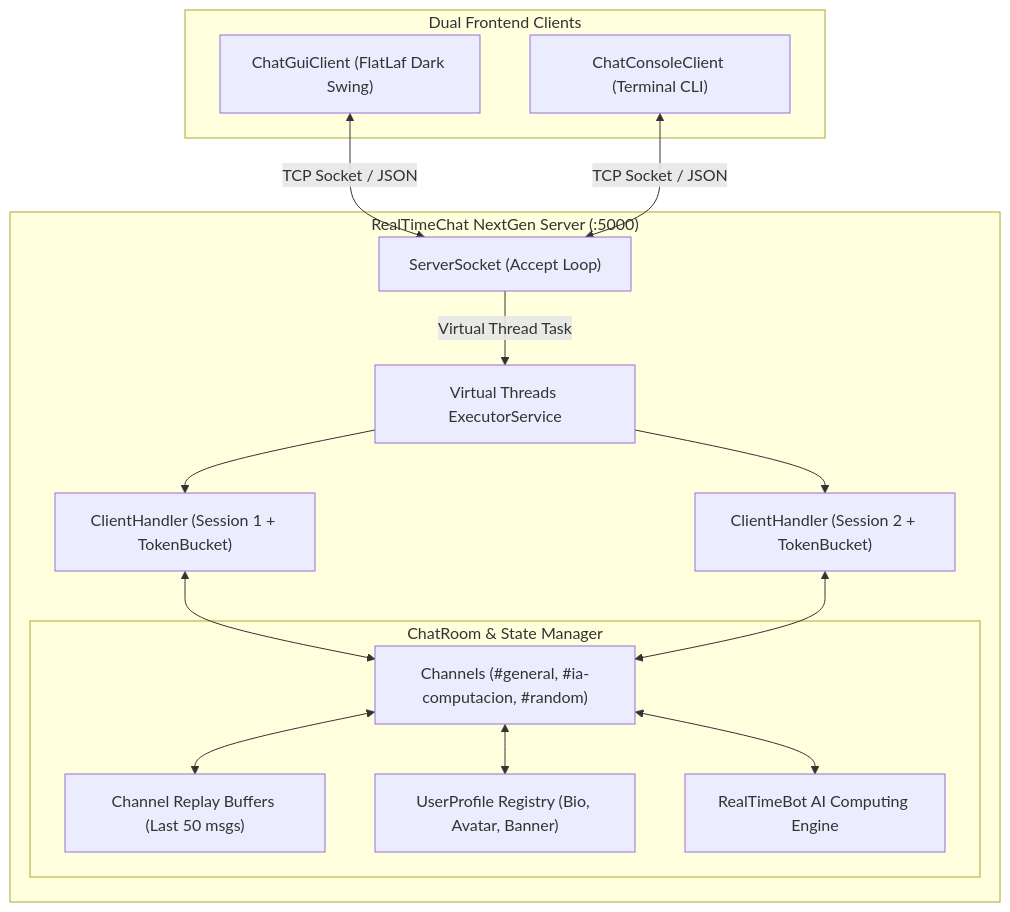
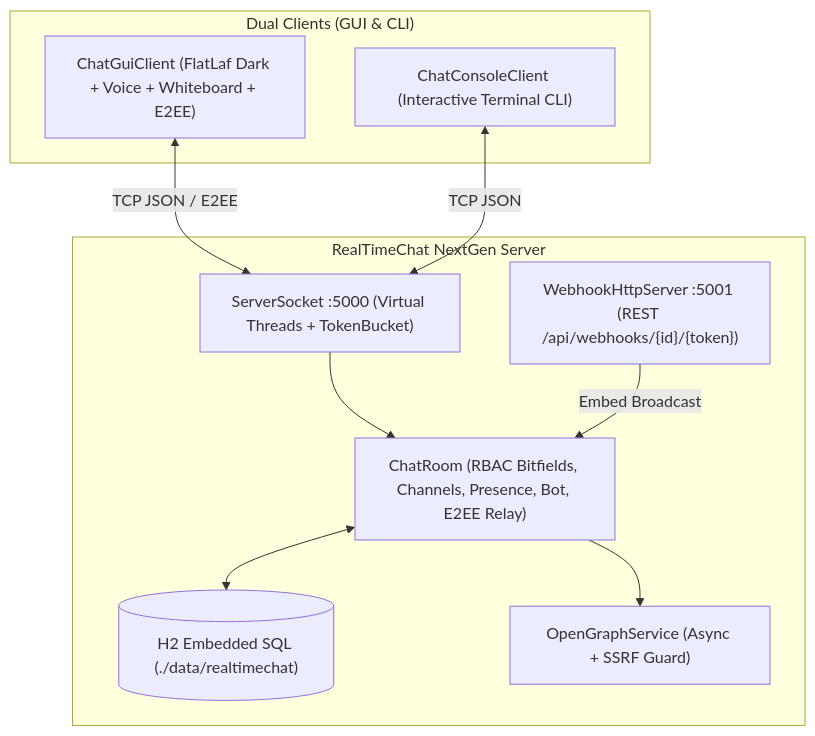
One commit to danicaju/RealTimeChat changed the diagram in README.md. Above: the diagram before and after it, drawn with Mermaid. The commit also changed other lines of this file and 47 other files, not shown here.

Commit message:
feat: upgrade RealTimeChat to v4.0.0 with H2 DB, Discord-grade real-time phases 1-4, custom resizable avatars, RBAC bitfields, voice, whiteboard, webhooks and E2EE

````diff
--- a/README.md
+++ b/README.md
@@ -69,32 +61,22 @@
 ```mermaid
 flowchart TD
-    subgraph Clients ["Dual Frontend Clients"]
-        GUI["ChatGuiClient (FlatLaf Dark Swing)"]
-        CLI["ChatConsoleClient (Terminal CLI)"]
+    subgraph Clients ["Dual Clients (GUI & CLI)"]
+        GUI["ChatGuiClient (FlatLaf Dark + Voice + Whiteboard + E2EE)"]
+        CLI["ChatConsoleClient (Interactive Terminal CLI)"]
     end
 
-    subgraph Server ["RealTimeChat NextGen Server (:5000)"]
-        SocketListener["ServerSocket (Accept Loop)"]
-        LoomPool["Virtual Threads ExecutorService"]
-        Handler1["ClientHandler (Session 1 + TokenBucket)"]
-        Handler2["ClientHandler (Session 2 + TokenBucket)"]
-
-        subgraph Core ["ChatRoom & State Manager"]
-            Channels["Channels (#general, #ia-computacion, #random)"]
-            Replay["Channel Replay Buffers (Last 50 msgs)"]
-            Profiles["UserProfile Registry (Bio, Avatar, Banner)"]
-            Bot["RealTimeBot AI Computing Engine"]
-        end
+    subgraph Server ["RealTimeChat NextGen Server"]
+        TCP["ServerSocket :5000 (Virtual Threads + TokenBucket)"]
+        HTTP["WebhookHttpServer :5001 (REST /api/webhooks/{id}/{token})"]
+        Core["ChatRoom (RBAC Bitfields, Channels, Presence, Bot, E2EE Relay)"]
+        DB[("H2 Embedded SQL (./data/realtimechat)")]
+        OG["OpenGraphService (Async + SSRF Guard)"]
     end
 
-    GUI <-->|TCP Socket / JSON| SocketListener
-    CLI <-->|TCP Socket / JSON| SocketListener
-    SocketListener -->|Virtual Thread Task| LoomPool
-    LoomPool --> Handler1
-    LoomPool --> Handler2
-    Handler1 <--> Channels
-    Handler2 <--> Channels
-    Channels <--> Replay
-    Channels <--> Profiles
-    Channels <--> Bot
+    GUI <-->|TCP JSON / E2EE| TCP
+    CLI <-->|TCP JSON| TCP
+    TCP --> Core
+    HTTP -->|Embed Broadcast| Core
+    Core <--> DB
+    Core --> OG
 ```
````
